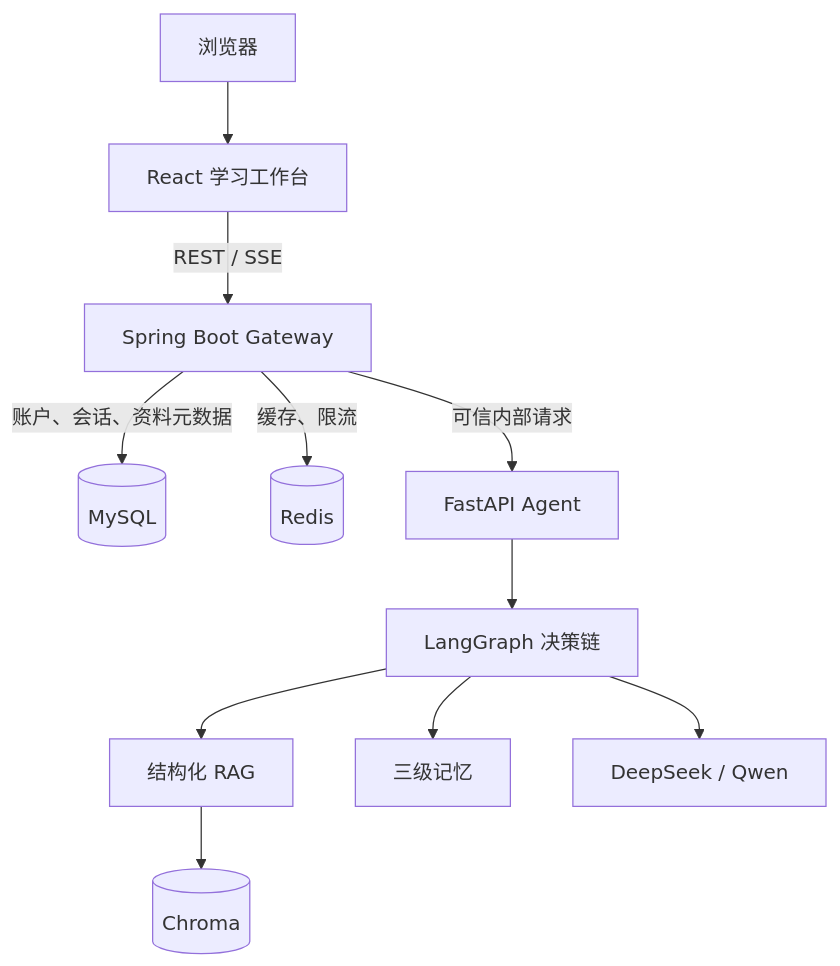
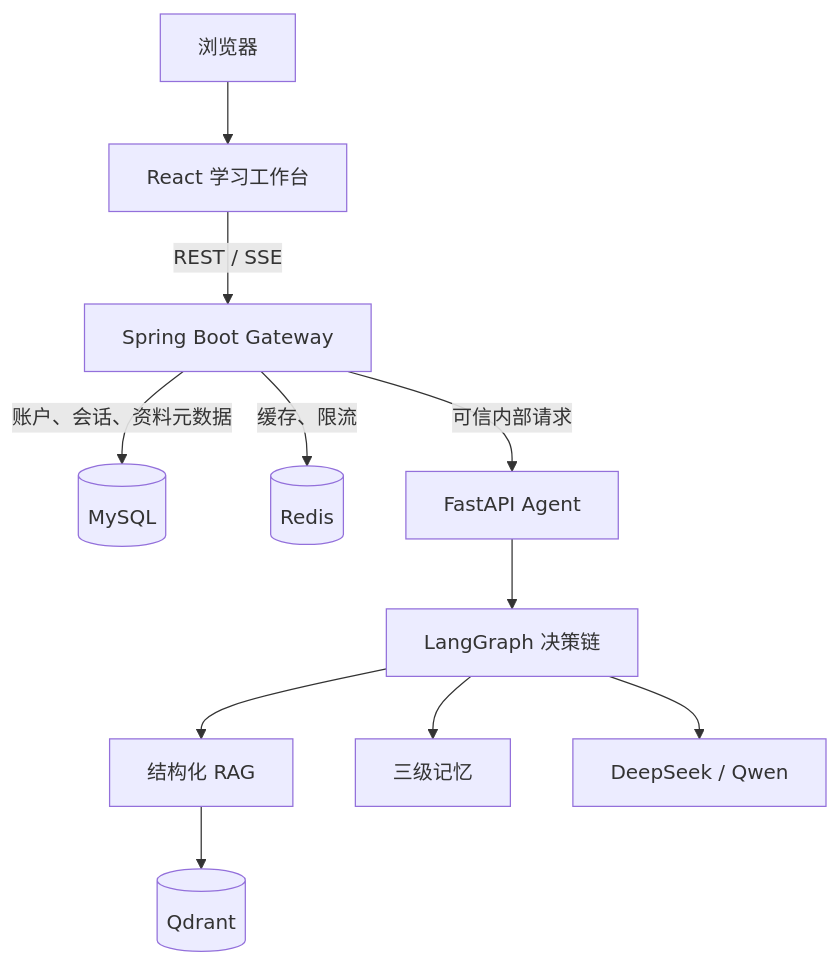
The first of 3 diagrams in docs/MNEME_PROJECT_BLOG.md (CoderDongHuang/Mneme), drawn with Mermaid before and after one commit. The commit also changed other lines of this file and 64 other files, not shown here.

Commit message:
fix: replace vulnerable Chroma runtime with verified Qdrant migration

````diff
--- a/docs/MNEME_PROJECT_BLOG.md
+++ b/docs/MNEME_PROJECT_BLOG.md
@@ -31,13 +31,13 @@
 ```mermaid
 flowchart TB
     B["浏览器"] --> F["React 学习工作台"]
     F -->|"REST / SSE"| G["Spring Boot Gateway"]
     G -->|"账户、会话、资料元数据"| SQL[(MySQL)]
     G -->|"缓存、限流"| REDIS[(Redis)]
     G -->|"可信内部请求"| A["FastAPI Agent"]
     A --> LG["LangGraph 决策链"]
     LG --> RAG["结构化 RAG"]
     LG --> MEM["三级记忆"]
-    RAG --> V[(Chroma)]
+    RAG --> V[(Qdrant)]
     LG --> LLM["DeepSeek / Qwen"]
 ```
````
